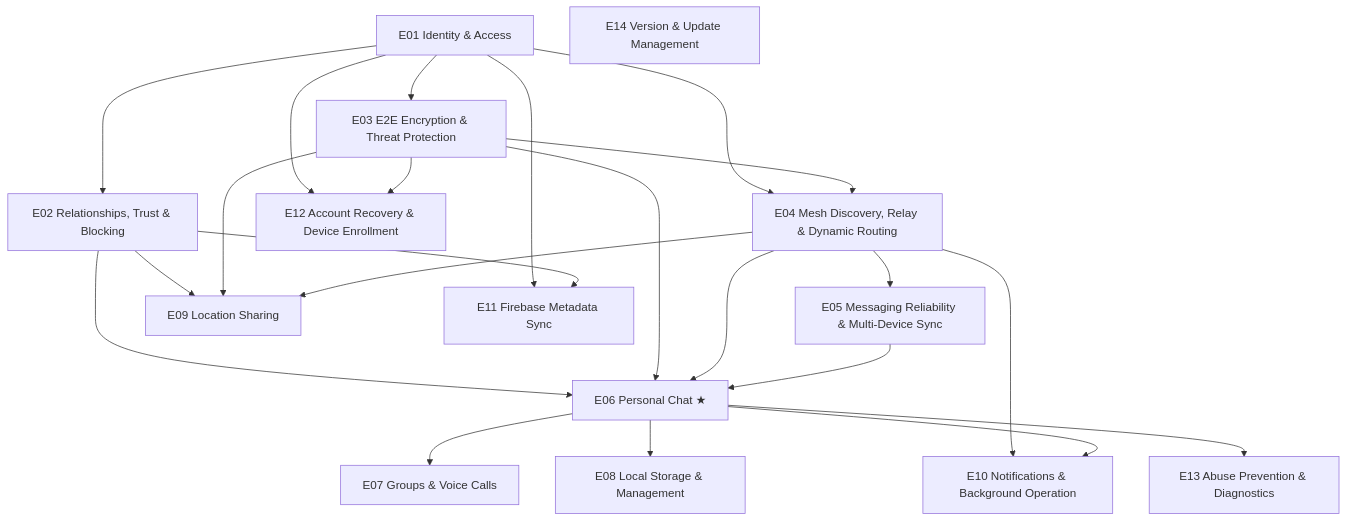
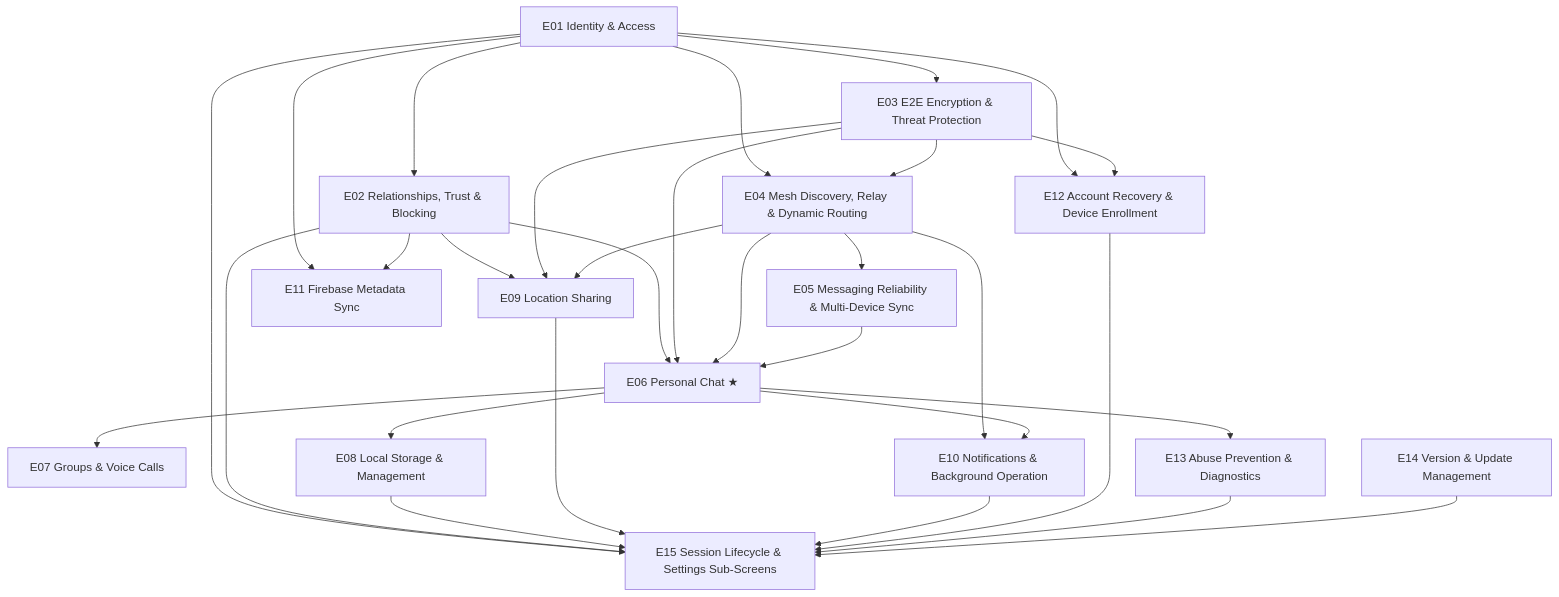
Before and after one commit to SHAJED99/nexora: the diagram in epics/README.md, drawn with Mermaid. The commit also changed other lines of this file and 26 other files, not shown here.

First line of the commit message:
docs(E15): shard Session Lifecycle & Settings Sub-Screens epic, clear all gates

````diff
--- a/epics/README.md
+++ b/epics/README.md
@@ -25,39 +44,48 @@
 ```mermaid
 graph TD
   E01[E01 Identity & Access]
   E02[E02 Relationships, Trust & Blocking]
   E03[E03 E2E Encryption & Threat Protection]
   E04[E04 Mesh Discovery, Relay & Dynamic Routing]
   E05[E05 Messaging Reliability & Multi-Device Sync]
   E06[E06 Personal Chat ★]
   E07[E07 Groups & Voice Calls]
   E08[E08 Local Storage & Management]
   E09[E09 Location Sharing]
   E10[E10 Notifications & Background Operation]
   E11[E11 Firebase Metadata Sync]
   E12[E12 Account Recovery & Device Enrollment]
   E13[E13 Abuse Prevention & Diagnostics]
   E14[E14 Version & Update Management]
+  E15[E15 Session Lifecycle & Settings Sub-Screens]
 
   E01 --> E02
   E01 --> E03
   E01 --> E04
   E01 --> E11
   E01 --> E12
   E02 --> E06
   E02 --> E09
   E02 --> E11
   E03 --> E04
   E03 --> E06
   E03 --> E09
   E03 --> E12
   E04 --> E05
   E04 --> E06
   E04 --> E09
   E04 --> E10
   E05 --> E06
   E06 --> E07
   E06 --> E08
   E06 --> E10
   E06 --> E13
+  E01 --> E15
+  E02 --> E15
+  E08 --> E15
+  E09 --> E15
+  E10 --> E15
+  E12 --> E15
+  E13 --> E15
+  E14 --> E15
 ```
````
